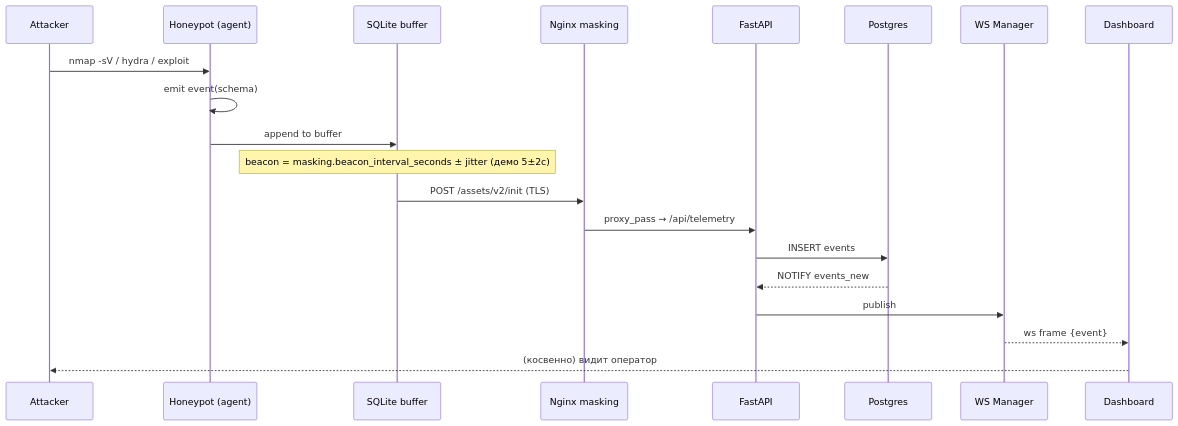
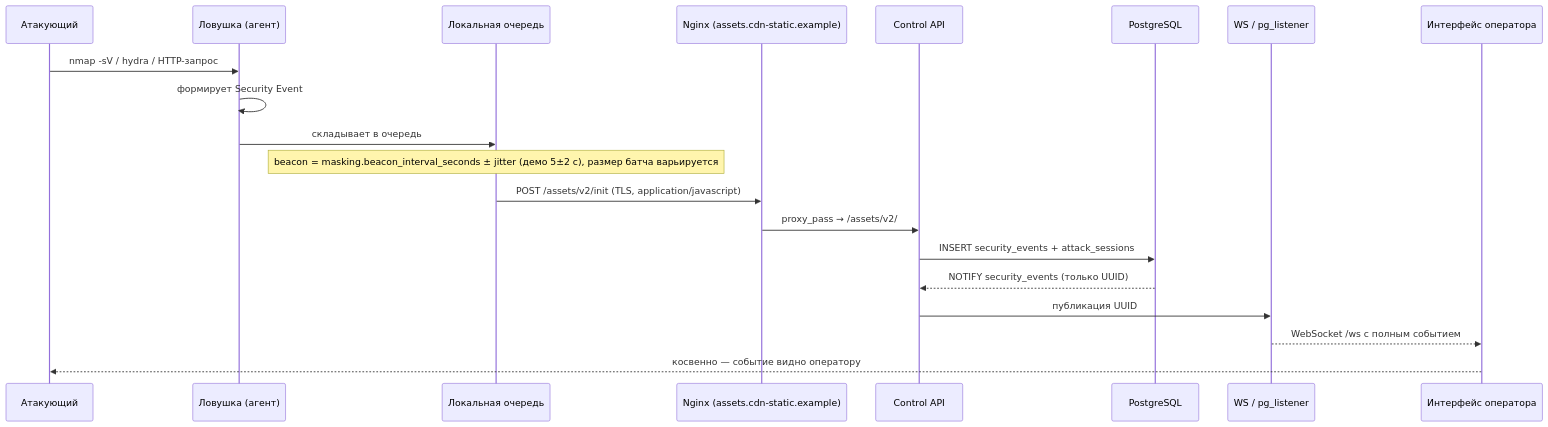
The diagram in docs/demo_attack.md (ArtiKn/HoneyForge), drawn with Mermaid before and after one commit. The commit also changed other lines of this file and 9 other files, not shown here.

````diff
--- a/docs/demo_attack.md
+++ b/docs/demo_attack.md
@@ -106,23 +107,23 @@
 ```mermaid
 sequenceDiagram
-    participant A as Attacker
-    participant H as Honeypot (agent)
-    participant B as SQLite buffer
-    participant N as Nginx masking
-    participant API as FastAPI
-    participant DB as Postgres
-    participant WS as WS Manager
-    participant UI as Dashboard
+    participant A as Атакующий
+    participant H as Ловушка (агент)
+    participant B as Локальная очередь
+    participant N as Nginx (assets.cdn-static.example)
+    participant API as Control API
+    participant DB as PostgreSQL
+    participant WS as WS / pg_listener
+    participant UI as Интерфейс оператора
 
-    A->>H: nmap -sV / hydra / exploit
-    H->>H: emit event(schema)
-    H->>B: append to buffer
-    Note over B: beacon = masking.beacon_interval_seconds ± jitter (демо 5±2с)
-    B->>N: POST /assets/v2/init (TLS)
-    N->>API: proxy_pass → /api/telemetry
-    API->>DB: INSERT events
-    DB-->>API: NOTIFY events_new
-    API->>WS: publish
-    WS-->>UI: ws frame {event}
-    UI-->>A: (косвенно) видит оператор
+    A->>H: nmap -sV / hydra / HTTP-запрос
+    H->>H: формирует Security Event
+    H->>B: складывает в очередь
+    Note over B: beacon = masking.beacon_interval_seconds ± jitter (демо 5±2 с), размер батча варьируется
+    B->>N: POST /assets/v2/init (TLS, application/javascript)
+    N->>API: proxy_pass → /assets/v2/
+    API->>DB: INSERT security_events + attack_sessions
+    DB-->>API: NOTIFY security_events (только UUID)
+    API->>WS: публикация UUID
+    WS-->>UI: WebSocket /ws с полным событием
+    UI-->>A: косвенно — событие видно оператору
 ```
````
